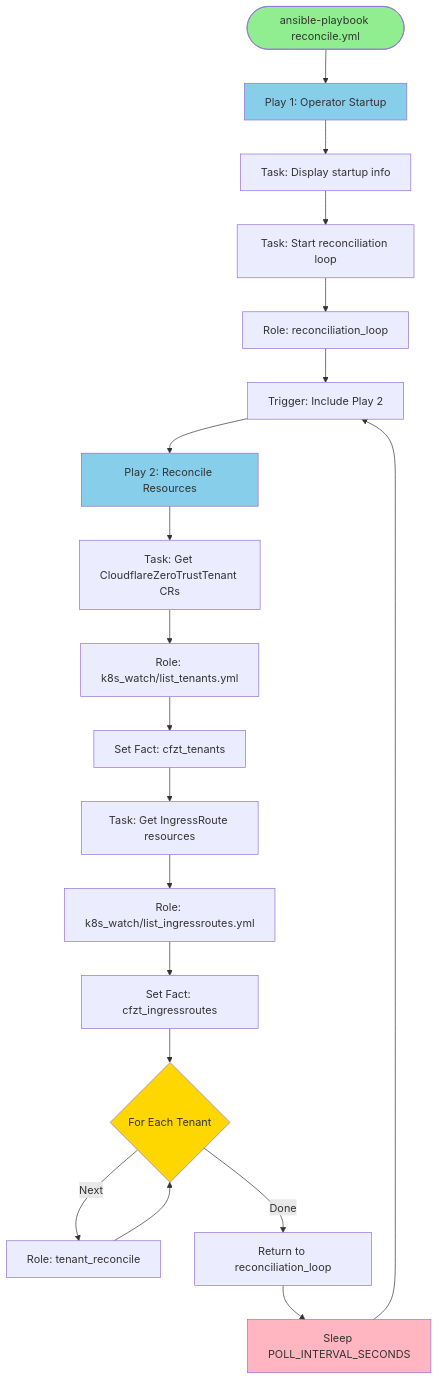
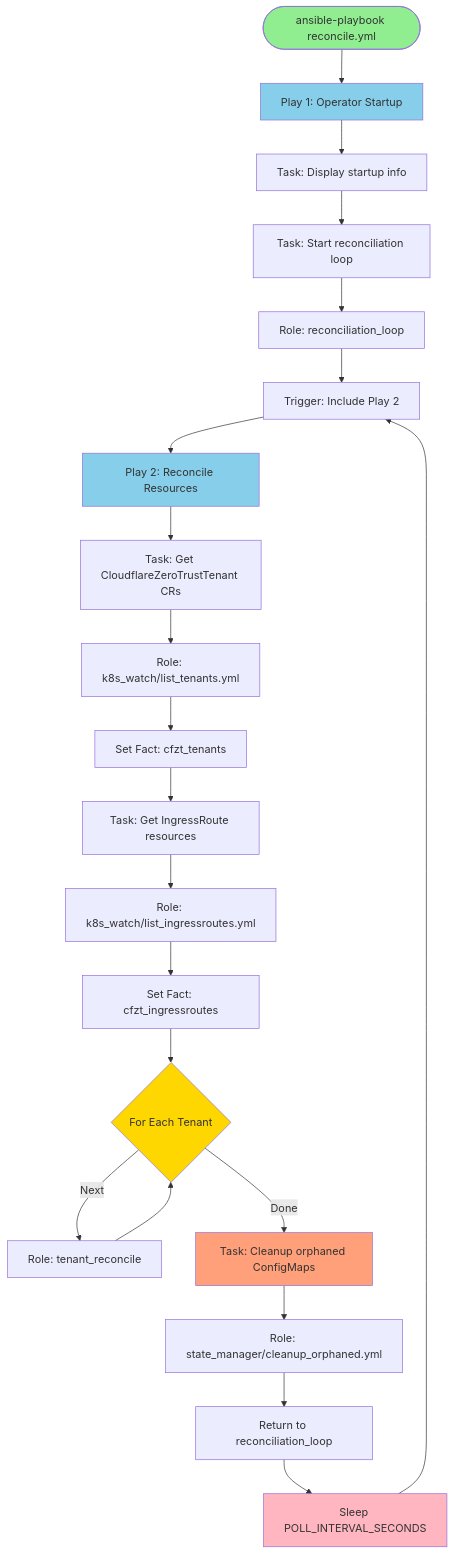
The second of 19 diagrams in docs/flow.md (wheetazlab/cloudflare-zero-trust-operator), drawn with Mermaid before and after one commit. The commit also changed other lines of this file and 7 other files, not shown here.

Commit message:
Add stateful reconciliation with ConfigMap state tracking - minimizes Cloudflare API calls

````diff
--- a/docs/flow.md
+++ b/docs/flow.md
@@ -94,37 +130,41 @@
 ```mermaid
 flowchart TD
     START([ansible-playbook reconcile.yml]) --> PLAY1[Play 1: Operator Startup]
     
     PLAY1 --> TASK1[Task: Display startup info]
     TASK1 --> TASK2[Task: Start reconciliation loop]
     
     TASK2 --> LOOP_ROLE[Role: reconciliation_loop]
     
     LOOP_ROLE --> TRIGGER[Trigger: Include Play 2]
     
     TRIGGER --> PLAY2[Play 2: Reconcile Resources]
     
     PLAY2 --> K8S_TENANTS[Task: Get CloudflareZeroTrustTenant CRs]
     K8S_TENANTS --> ROLE_K8S_T[Role: k8s_watch/list_tenants.yml]
     ROLE_K8S_T --> SET_TENANTS[Set Fact: cfzt_tenants]
     
     SET_TENANTS --> K8S_IR[Task: Get IngressRoute resources]
     K8S_IR --> ROLE_K8S_IR[Role: k8s_watch/list_ingressroutes.yml]
     ROLE_K8S_IR --> SET_IR[Set Fact: cfzt_ingressroutes]
     
     SET_IR --> TENANT_LOOP{For Each Tenant}
     
     TENANT_LOOP -->|Next| ROLE_RECON[Role: tenant_reconcile]
-    TENANT_LOOP -->|Done| RETURN[Return to reconciliation_loop]
+    TENANT_LOOP -->|Done| CLEANUP[Task: Cleanup orphaned ConfigMaps]
     
     ROLE_RECON --> TENANT_LOOP
+    
+    CLEANUP --> ROLE_CLEANUP[Role: state_manager/cleanup_orphaned.yml]
+    ROLE_CLEANUP --> RETURN[Return to reconciliation_loop]
     
     RETURN --> SLEEP[Sleep POLL_INTERVAL_SECONDS]
     SLEEP --> TRIGGER
     
     style START fill:#90EE90
     style PLAY1 fill:#87CEEB
     style PLAY2 fill:#87CEEB
     style TENANT_LOOP fill:#FFD700
+    style CLEANUP fill:#FFA07A
     style SLEEP fill:#FFB6C1
 ```
````
